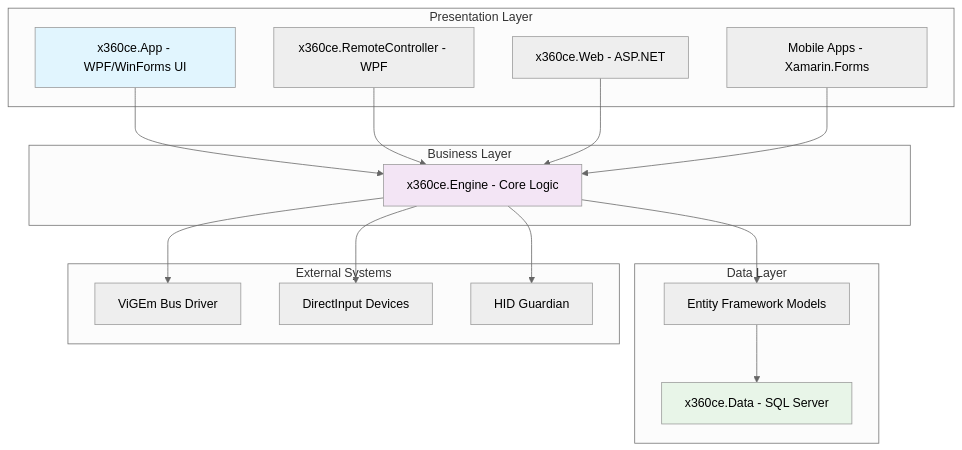
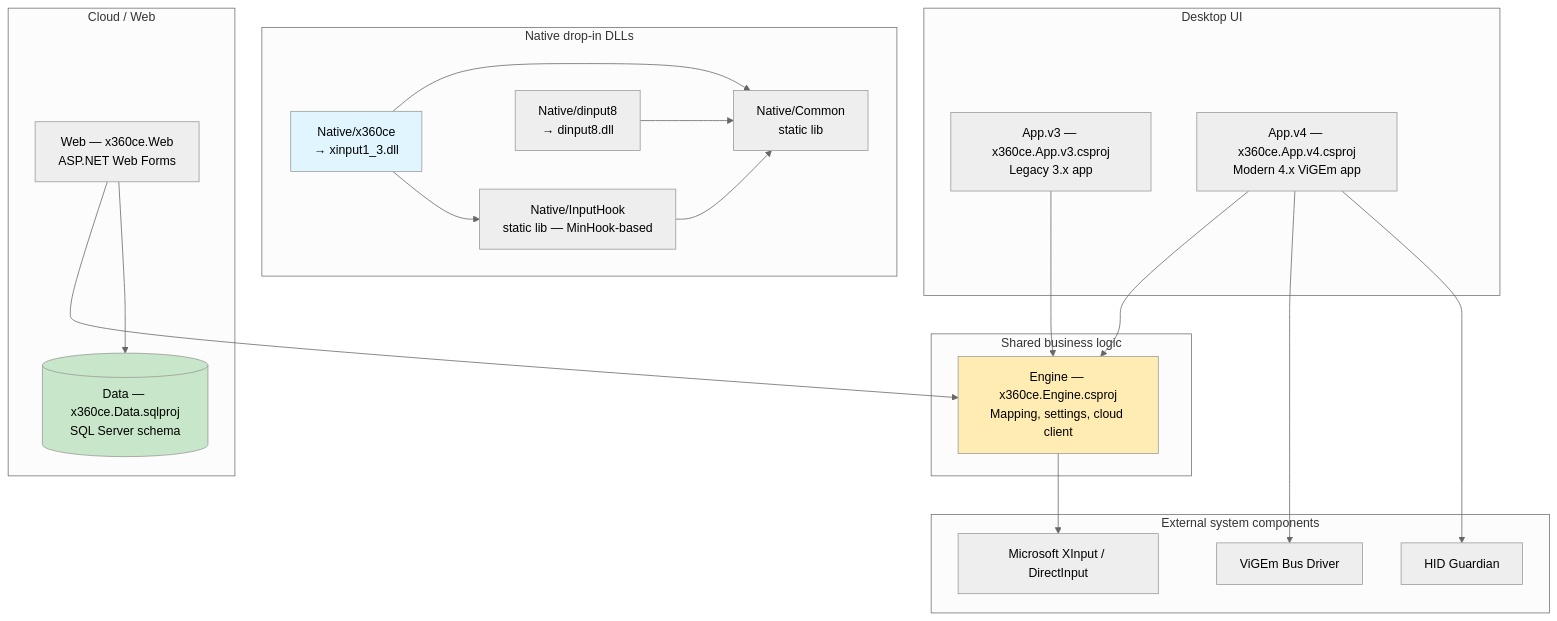
One commit to ProjectXsent/x360ce changed the first of 3 diagrams in .ai/repository-analysis.instructions.md. Above: the diagram before and after it, drawn with Mermaid (neutral theme). The commit also changed other lines of this file, not shown here.

````diff
--- a/.ai/repository-analysis.instructions.md
+++ b/.ai/repository-analysis.instructions.md
@@ -50,38 +67,46 @@
 ```mermaid
 graph TB
-    subgraph "Presentation Layer"
-        A[x360ce.App - WPF/WinForms UI]
-        B[x360ce.RemoteController - WPF]
-        C[x360ce.Web - ASP.NET]
-        D[Mobile Apps - Xamarin.Forms]
+    subgraph "Desktop UI"
+        AppV3[App.v3 — x360ce.App.v3.csproj<br/>Legacy 3.x app]
+        AppV4[App.v4 — x360ce.App.v4.csproj<br/>Modern 4.x ViGEm app]
     end
-    
-    subgraph "Business Layer"
-        E[x360ce.Engine - Core Logic]
+
+    subgraph "Shared business logic"
+        Engine[Engine — x360ce.Engine.csproj<br/>Mapping, settings, cloud client]
     end
-    
-    subgraph "Data Layer"
-        F[x360ce.Data - SQL Server]
-        G[Entity Framework Models]
+
+    subgraph "Native drop-in DLLs"
+        XInputDLL[Native/x360ce<br/>→ xinput1_3.dll]
+        DInputDLL[Native/dinput8<br/>→ dinput8.dll]
+        InputHook[Native/InputHook<br/>static lib — MinHook-based]
+        Common[Native/Common<br/>static lib]
     end
-    
-    subgraph "External Systems"
-        H[ViGEm Bus Driver]
-        I[DirectInput Devices]
-        J[HID Guardian]
+
+    subgraph "Cloud / Web"
+        Web[Web — x360ce.Web<br/>ASP.NET Web Forms]
+        Data[(Data — x360ce.Data.sqlproj<br/>SQL Server schema)]
     end
-    
-    A --> E
-    B --> E
-    C --> E
-    D --> E
-    E --> G
-    G --> F
-    E --> H
-    E --> I
-    E --> J
-    
-    style A fill:#e1f5fe
-    style E fill:#f3e5f5
-    style F fill:#e8f5e8
+
+    subgraph "External system components"
+        ViGEm[ViGEm Bus Driver]
+        HidGuardian[HID Guardian]
+        XInput[Microsoft XInput / DirectInput]
+    end
+
+    AppV3 --> Engine
+    AppV4 --> Engine
+    AppV4 --> ViGEm
+    AppV4 --> HidGuardian
+    Web --> Engine
+    Web --> Data
+    Engine --> XInput
+
+    XInputDLL --> InputHook
+    XInputDLL --> Common
+    DInputDLL --> Common
+    InputHook --> Common
+
+    style Engine fill:#ffecb3
+    style XInputDLL fill:#e1f5fe
+    style Data fill:#c8e6c9
 ```
````
